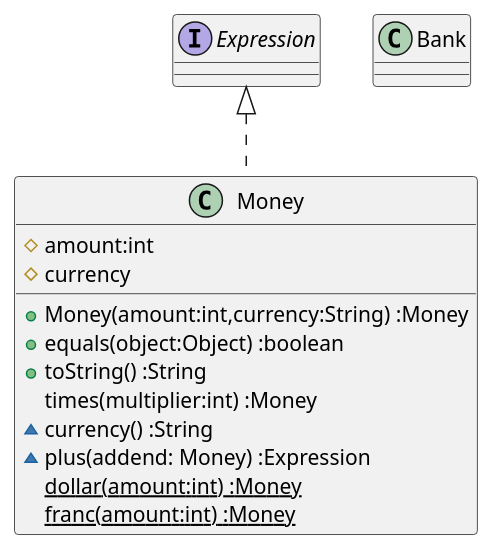
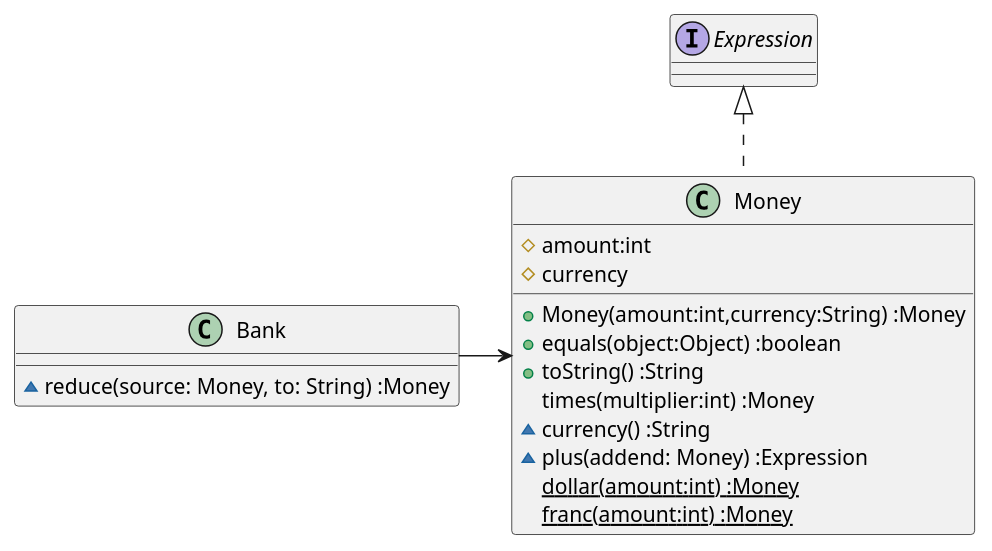
One commit to k2works/etude_for_java changed the first of 2 diagrams in docs/src/TDD.md. Above: the diagram before and after it, drawn with PlantUML. The commit also changed other lines of this file and 3 other files, not shown here.

````diff
--- a/docs/src/TDD.md
+++ b/docs/src/TDD.md
@@ -47,18 +47,20 @@
 ```puml
 class Money {
   #amount:int
   #currency  
   +Money(amount:int,currency:String) :Money
   +equals(object:Object) :boolean  
   +toString() :String
   times(multiplier:int) :Money
   ~currency() :String
   ~plus(addend: Money) :Expression
   {static} dollar(amount:int) :Money
   {static} franc(amount:int) :Money  
 }
 interface Expression
 class Bank {
+  ~reduce(source: Money, to: String) :Money
 }
 Expression <|.. Money
+Bank -> Money
 ```
````
